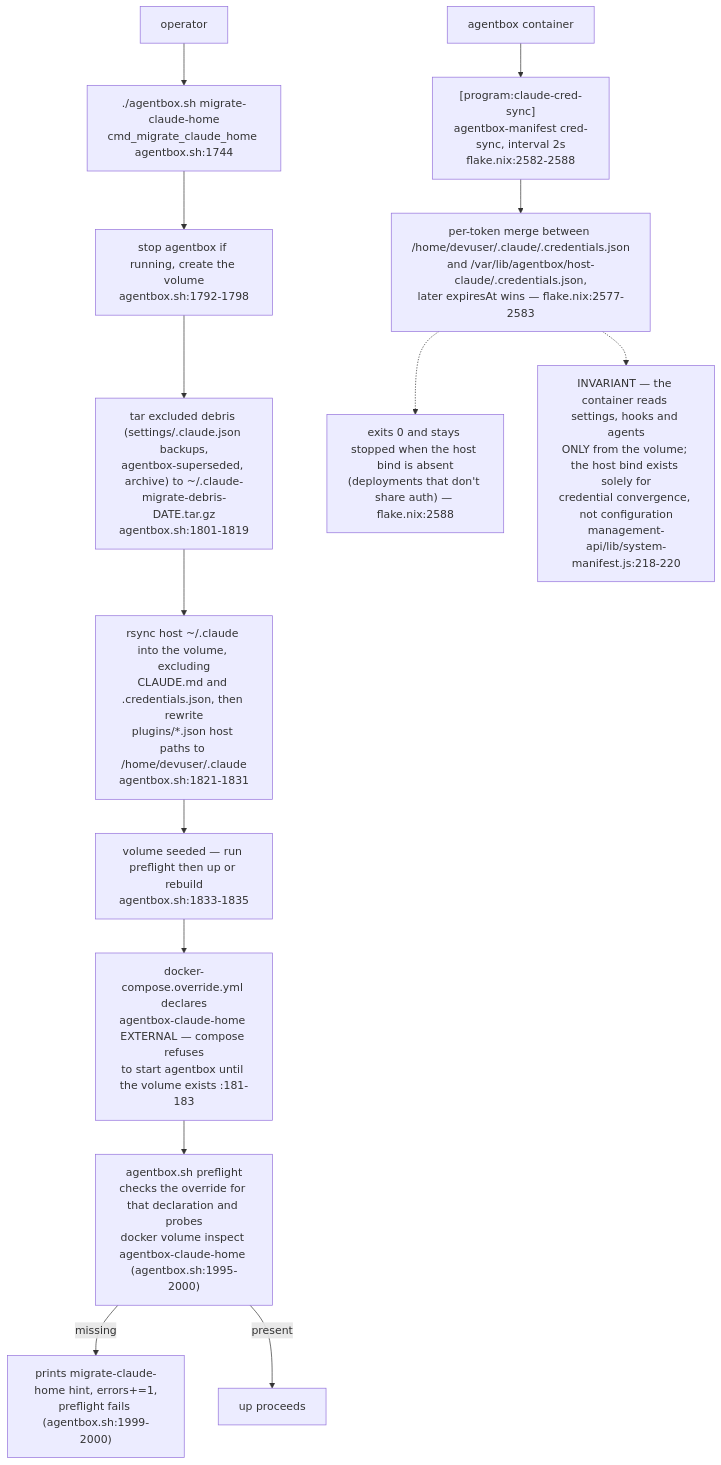
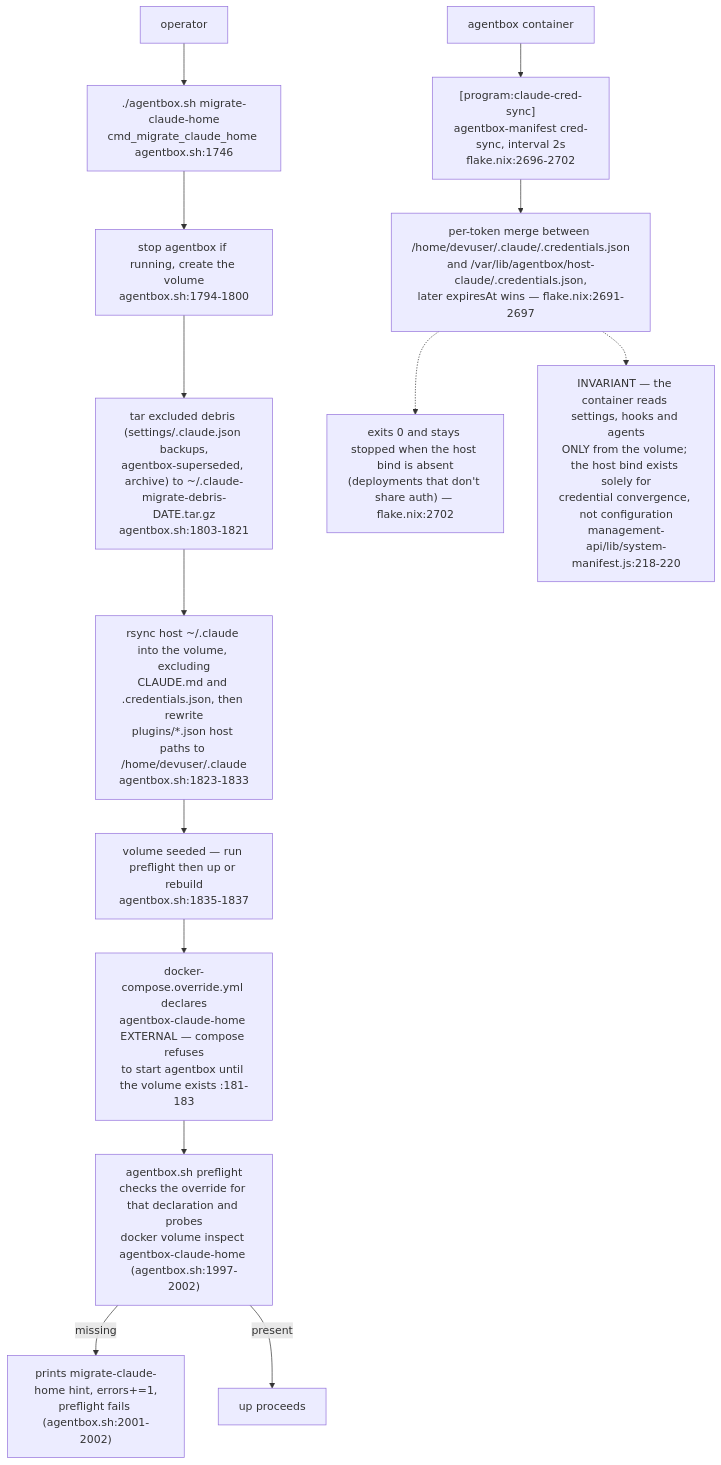
Diagram 11 of 11 in docs/diagrams/agentbox/06-sidecars-and-compose-overlays.md (DreamLab-AI/VisionFlow), drawn with Mermaid before and after one commit. The commit also changed other lines of this file and 94 other files, not shown here.

First line of the commit message:
docs(diagrams): re-verify 130 topics against 2 October HEADs

````diff
--- a/docs/diagrams/agentbox/06-sidecars-and-compose-overlays.md
+++ b/docs/diagrams/agentbox/06-sidecars-and-compose-overlays.md
@@ -307,16 +308,16 @@
 ```mermaid
 flowchart TB
-    DEC["docker-compose.override.yml declares<br/>agentbox-claude-home EXTERNAL — compose refuses<br/>to start agentbox until the volume exists :181-183"] --> PRE["agentbox.sh preflight<br/>checks the override for that declaration and probes<br/>docker volume inspect agentbox-claude-home (agentbox.sh:1995-2000)"]
-    PRE -->|"missing"| ERR["prints migrate-claude-home hint, errors+=1,<br/>preflight fails (agentbox.sh:1999-2000)"]
+    DEC["docker-compose.override.yml declares<br/>agentbox-claude-home EXTERNAL — compose refuses<br/>to start agentbox until the volume exists :181-183"] --> PRE["agentbox.sh preflight<br/>checks the override for that declaration and probes<br/>docker volume inspect agentbox-claude-home (agentbox.sh:1997-2002)"]
+    PRE -->|"missing"| ERR["prints migrate-claude-home hint, errors+=1,<br/>preflight fails (agentbox.sh:2001-2002)"]
     PRE -->|"present"| OK["up proceeds"]
-    OP["operator"] --> MIG["./agentbox.sh migrate-claude-home<br/>cmd_migrate_claude_home agentbox.sh:1744"]
-    MIG --> STOP["stop agentbox if running, create the volume<br/>agentbox.sh:1792-1798"]
-    STOP --> DEBRIS["tar excluded debris (settings/.claude.json backups,<br/>agentbox-superseded, archive) to ~/.claude-migrate-debris-DATE.tar.gz<br/>agentbox.sh:1801-1819"]
-    DEBRIS --> RSYNC["rsync host ~/.claude into the volume, excluding<br/>CLAUDE.md and .credentials.json, then rewrite<br/>plugins/*.json host paths to /home/devuser/.claude<br/>agentbox.sh:1821-1831"]
-    RSYNC --> DONE["volume seeded — run preflight then up or rebuild<br/>agentbox.sh:1833-1835"]
+    OP["operator"] --> MIG["./agentbox.sh migrate-claude-home<br/>cmd_migrate_claude_home agentbox.sh:1746"]
+    MIG --> STOP["stop agentbox if running, create the volume<br/>agentbox.sh:1794-1800"]
+    STOP --> DEBRIS["tar excluded debris (settings/.claude.json backups,<br/>agentbox-superseded, archive) to ~/.claude-migrate-debris-DATE.tar.gz<br/>agentbox.sh:1803-1821"]
+    DEBRIS --> RSYNC["rsync host ~/.claude into the volume, excluding<br/>CLAUDE.md and .credentials.json, then rewrite<br/>plugins/*.json host paths to /home/devuser/.claude<br/>agentbox.sh:1823-1833"]
+    RSYNC --> DONE["volume seeded — run preflight then up or rebuild<br/>agentbox.sh:1835-1837"]
     DONE --> DEC
-    AB2["agentbox container"] --> SYNC["[program:claude-cred-sync]<br/>agentbox-manifest cred-sync, interval 2s<br/>flake.nix:2582-2588"]
-    SYNC --> MERGE["per-token merge between /home/devuser/.claude/.credentials.json<br/>and /var/lib/agentbox/host-claude/.credentials.json,<br/>later expiresAt wins — flake.nix:2577-2583"]
-    MERGE -.-> ABSENT["exits 0 and stays stopped when the host bind is absent<br/>(deployments that don't share auth) — flake.nix:2588"]
+    AB2["agentbox container"] --> SYNC["[program:claude-cred-sync]<br/>agentbox-manifest cred-sync, interval 2s<br/>flake.nix:2696-2702"]
+    SYNC --> MERGE["per-token merge between /home/devuser/.claude/.credentials.json<br/>and /var/lib/agentbox/host-claude/.credentials.json,<br/>later expiresAt wins — flake.nix:2691-2697"]
+    MERGE -.-> ABSENT["exits 0 and stays stopped when the host bind is absent<br/>(deployments that don't share auth) — flake.nix:2702"]
     MERGE -.-> INV["INVARIANT — the container reads settings, hooks and agents<br/>ONLY from the volume; the host bind exists solely for<br/>credential convergence, not configuration<br/>management-api/lib/system-manifest.js:218-220"]
 ```
````
